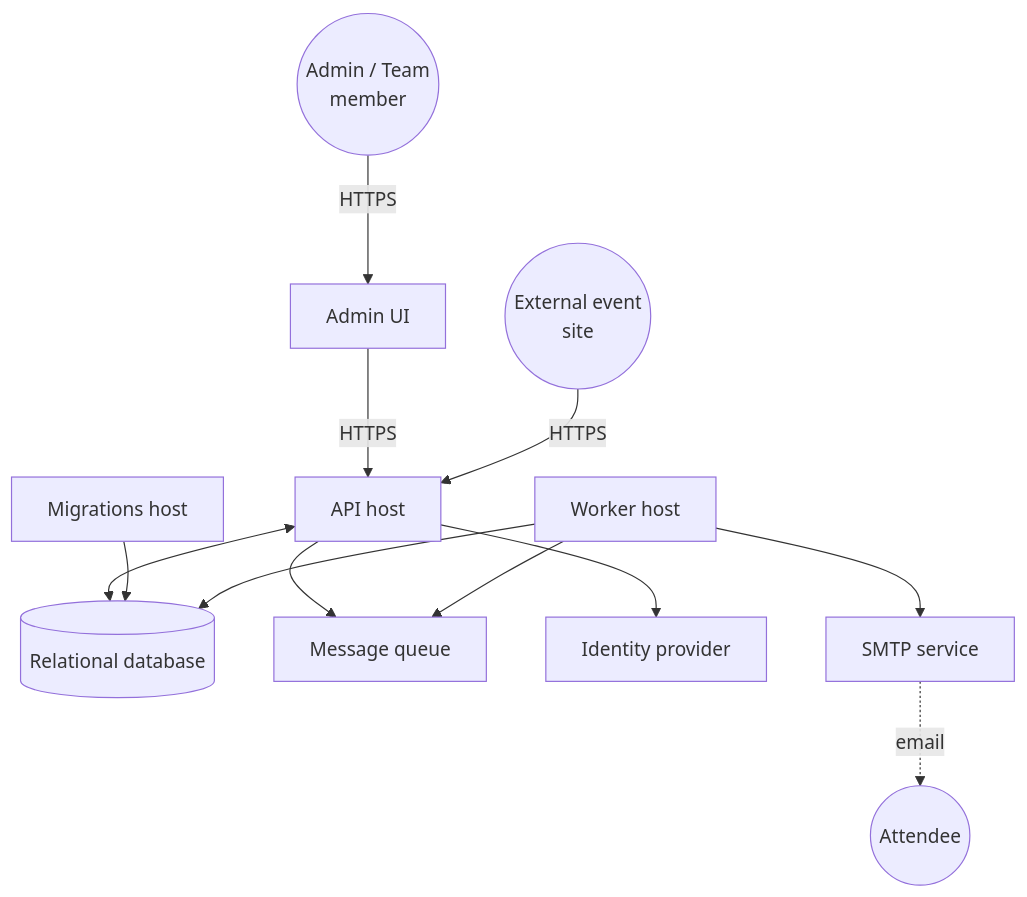
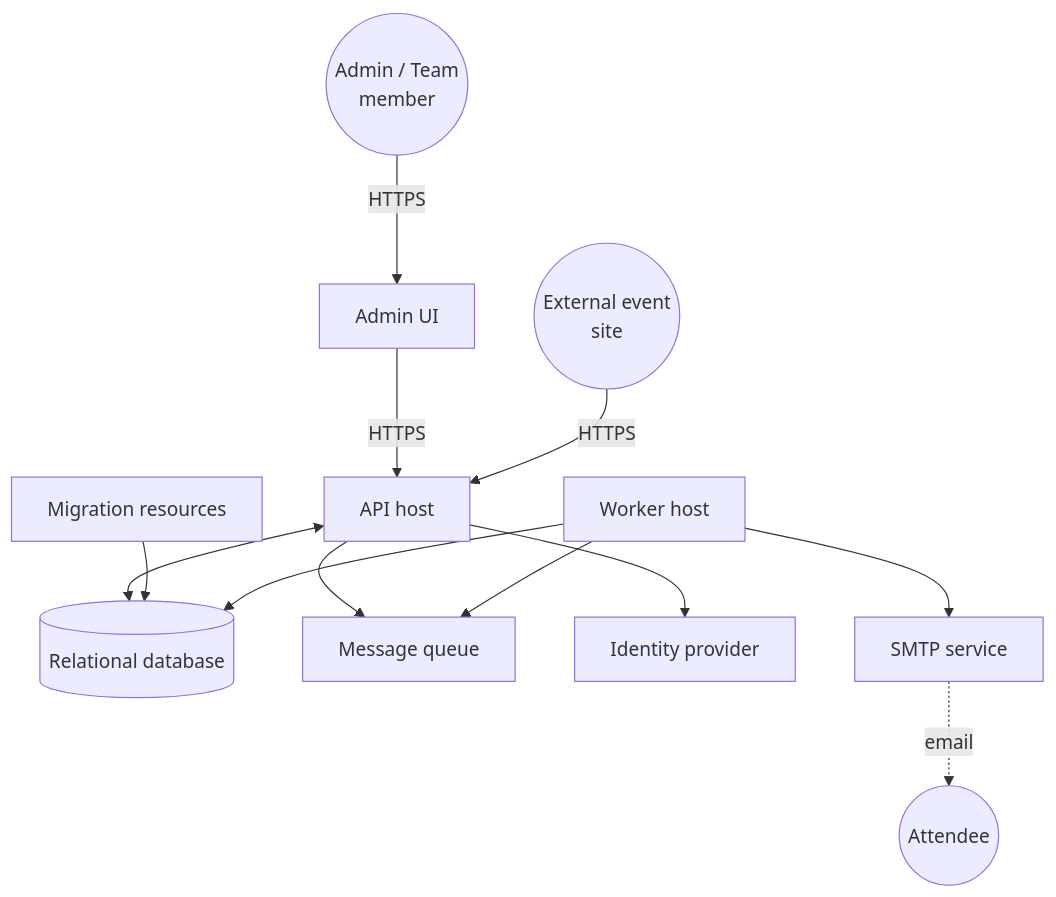
One commit to amolenk/Admitto changed the first of 2 diagrams in docs/arc42/05-building-block-view.md. Above: the diagram before and after it, drawn with Mermaid. The commit also changed other lines of this file and 96 other files, not shown here.

````diff
--- a/docs/arc42/05-building-block-view.md
+++ b/docs/arc42/05-building-block-view.md
@@ -7,24 +7,24 @@
 ```mermaid
 flowchart TB
   Admin["Admin / Team<br/>member"]@{ shape: circle }
   DB[("Relational database")]
   EventSite["External event<br/>site"]@{ shape: circle }
   Attendee["Attendee"]@{ shape: circle }
 
   AdminUI["Admin UI"]
   api["API host"]
   worker["Worker host"]
-  migrations["Migrations host"]
+  migrations["Migration resources"]
 
   Admin -->|HTTPS| AdminUI
   AdminUI -->|HTTPS| api
   EventSite -->|HTTPS| api
   api <--> DB
   api --> Queue["Message queue"]
   api --> IdP["Identity provider"]
   SMTP -.->|email| Attendee
   migrations --> DB
   worker --> Queue
   worker --> DB
   worker --> SMTP["SMTP service"]
 ```
````
